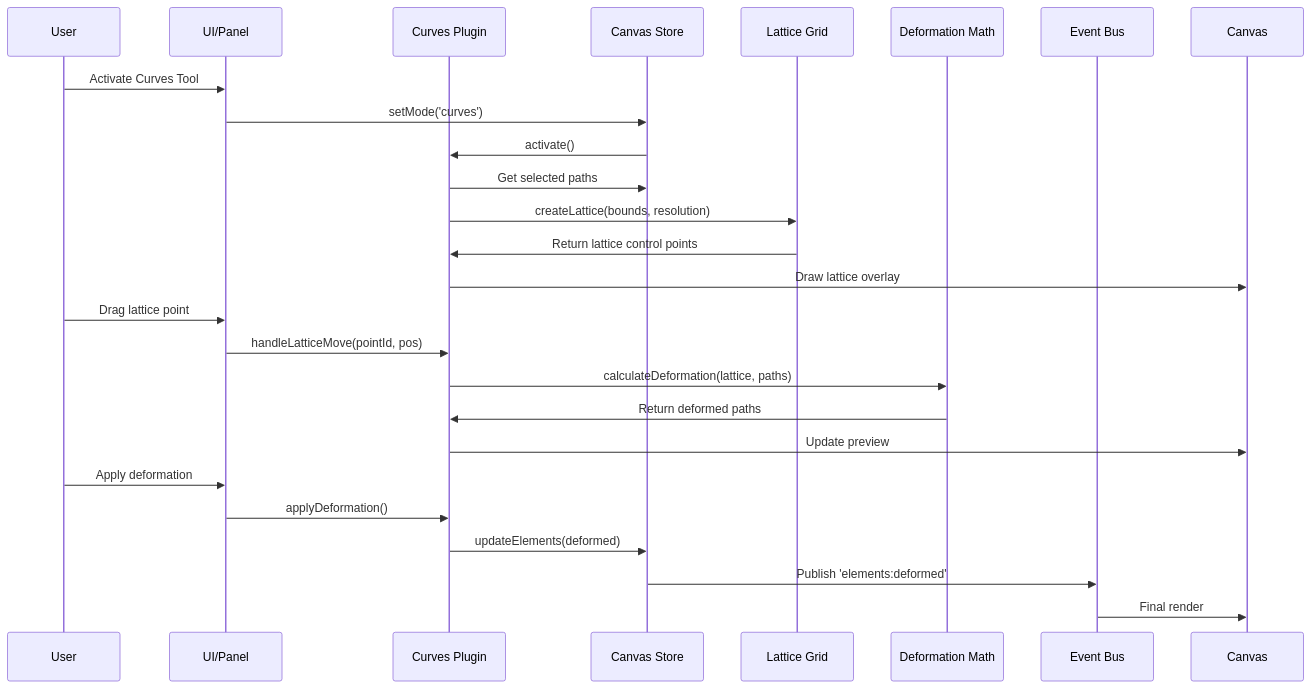
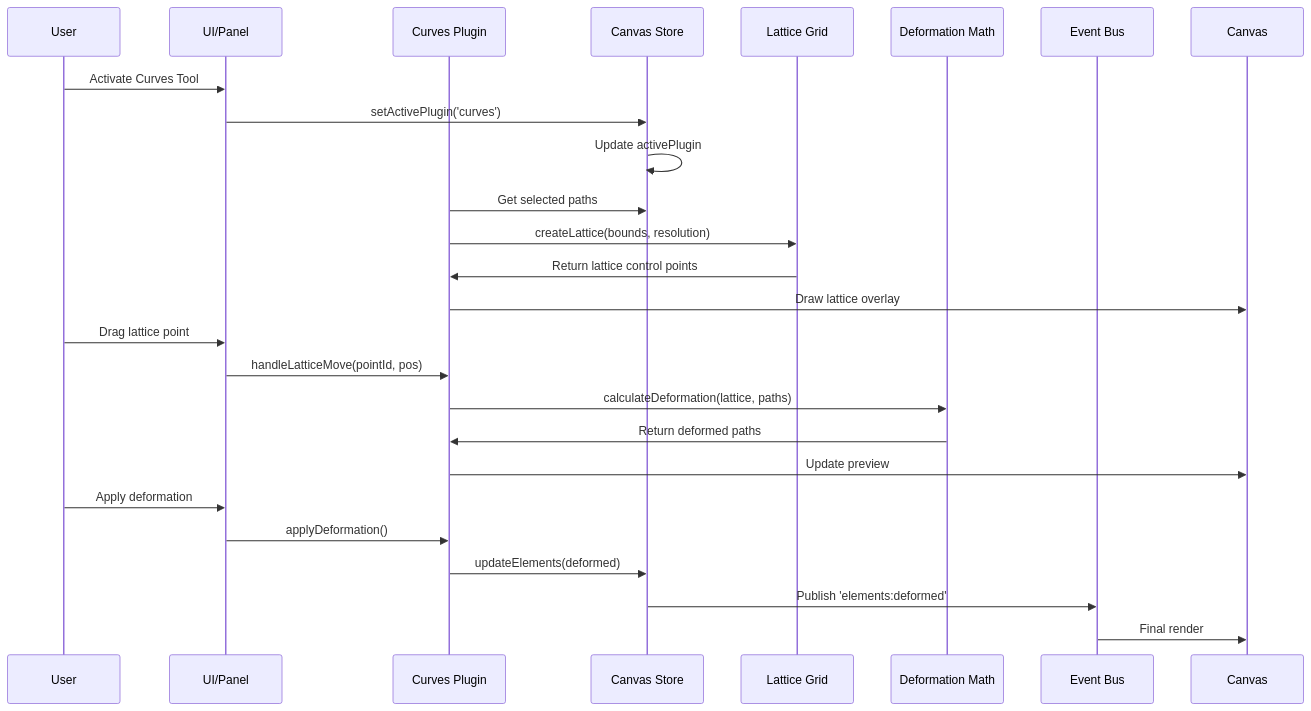
The first of 2 diagrams in doc/docs/plugins/catalog/curves.md (ekrsulov/ttpe), drawn with Mermaid before and after one commit. The commit also changed 20 other files, not shown here.

````diff
--- a/doc/docs/plugins/catalog/curves.md
+++ b/doc/docs/plugins/catalog/curves.md
@@ -21,31 +21,31 @@
 ```mermaid
 sequenceDiagram
     participant User
     participant UI as UI/Panel
     participant CP as Curves Plugin
     participant Store as Canvas Store
     participant LG as Lattice Grid
     participant DM as Deformation Math
     participant EB as Event Bus
     participant Canvas
     
     User->>UI: Activate Curves Tool
-    UI->>Store: setMode('curves')
-    Store->>CP: activate()
+    UI->>Store: setActivePlugin('curves')
+    Store->>Store: Update activePlugin
     CP->>Store: Get selected paths
     CP->>LG: createLattice(bounds, resolution)
     LG->>CP: Return lattice control points
     CP->>Canvas: Draw lattice overlay
     
     User->>UI: Drag lattice point
     UI->>CP: handleLatticeMove(pointId, pos)
     CP->>DM: calculateDeformation(lattice, paths)
     DM->>CP: Return deformed paths
     CP->>Canvas: Update preview
     
     User->>UI: Apply deformation
     UI->>CP: applyDeformation()
     CP->>Store: updateElements(deformed)
     Store->>EB: Publish 'elements:deformed'
     EB->>Canvas: Final render
 ```
````
